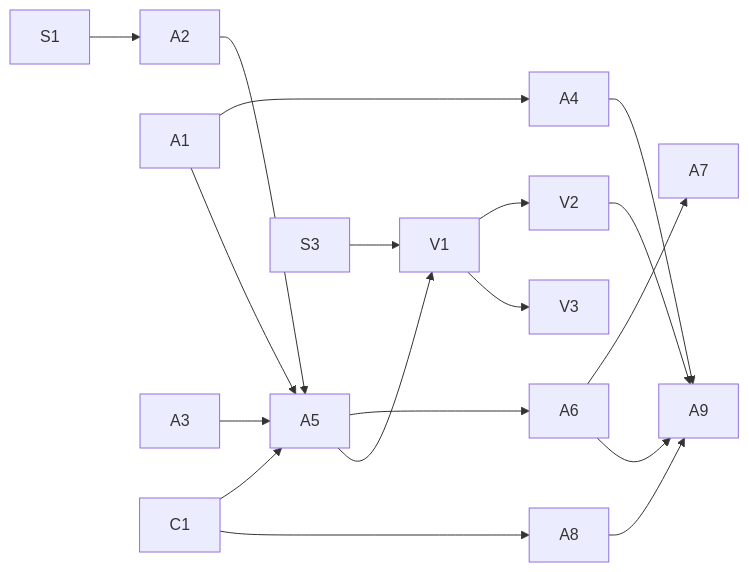
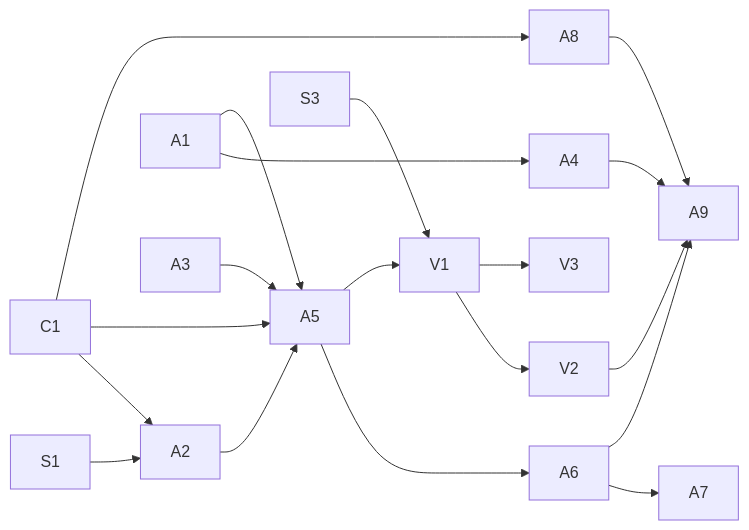
The diagram in tasks/agent-control.md (Cklaus1/mimouse), drawn with Mermaid before and after one commit. The commit also changed other lines of this file and 14 other files, not shown here.

````diff
--- a/tasks/agent-control.md
+++ b/tasks/agent-control.md
@@ -111,19 +111,20 @@
 ```mermaid
 graph LR
   S1 --> A2
+  C1 --> A2
   A1 --> A4
   A1 --> A5
   A2 --> A5
   A3 --> A5
   C1 --> A5
   A5 --> A6 --> A7
   C1 --> A8
   A5 --> V1
   S3 --> V1
   V1 --> V2
   A6 --> A9
   A8 --> A9
   V2 --> A9
   A4 --> A9
   V1 --> V3
 ```
````
